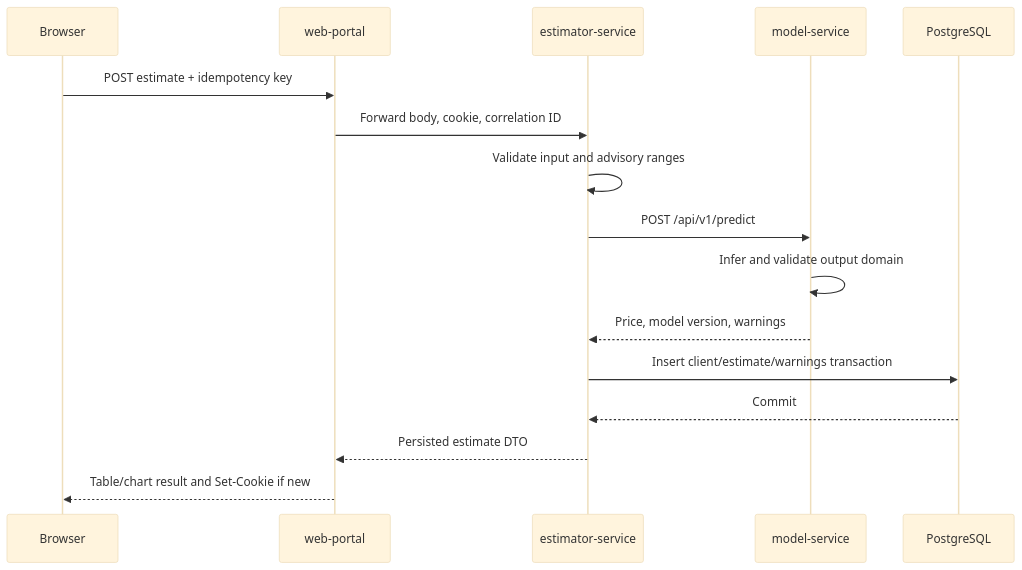
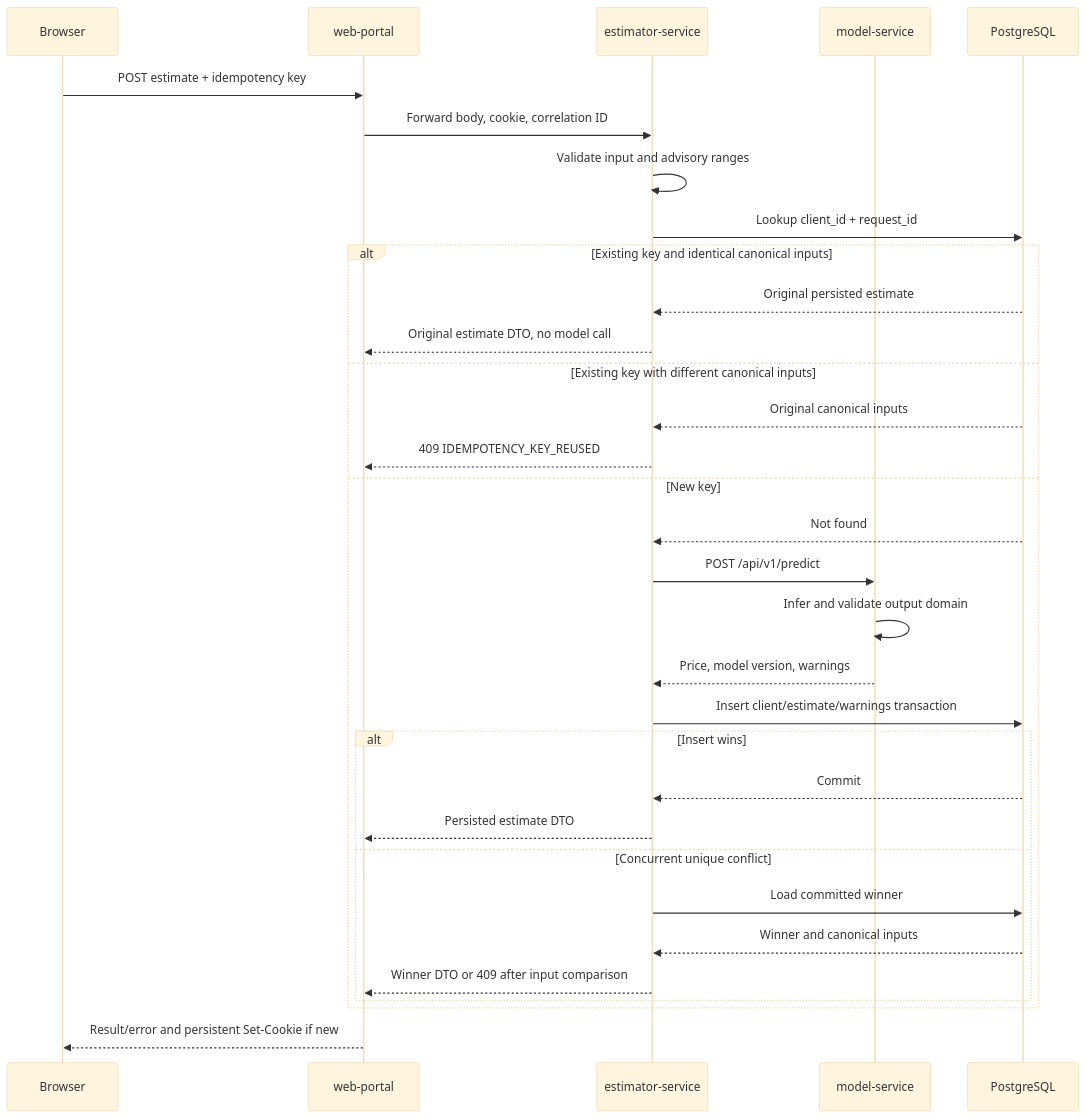
Before and after one commit to ChenhuaFan/house-price-estimator: the second of 3 diagrams in docs/architecture.md, drawn with Mermaid (base theme). The commit also changed other lines of this file and 3 other files, not shown here.

````diff
--- a/docs/architecture.md
+++ b/docs/architecture.md
@@ -218,19 +219,35 @@
 ```mermaid
 sequenceDiagram
     participant B as Browser
     participant W as web-portal
     participant E as estimator-service
     participant M as model-service
     participant D as PostgreSQL
 
     B->>W: POST estimate + idempotency key
     W->>E: Forward body, cookie, correlation ID
     E->>E: Validate input and advisory ranges
-    E->>M: POST /api/v1/predict
-    M->>M: Infer and validate output domain
-    M-->>E: Price, model version, warnings
-    E->>D: Insert client/estimate/warnings transaction
-    D-->>E: Commit
-    E-->>W: Persisted estimate DTO
-    W-->>B: Table/chart result and Set-Cookie if new
+    E->>D: Lookup client_id + request_id
+    alt Existing key and identical canonical inputs
+        D-->>E: Original persisted estimate
+        E-->>W: Original estimate DTO, no model call
+    else Existing key with different canonical inputs
+        D-->>E: Original canonical inputs
+        E-->>W: 409 IDEMPOTENCY_KEY_REUSED
+    else New key
+        D-->>E: Not found
+        E->>M: POST /api/v1/predict
+        M->>M: Infer and validate output domain
+        M-->>E: Price, model version, warnings
+        E->>D: Insert client/estimate/warnings transaction
+        alt Insert wins
+            D-->>E: Commit
+            E-->>W: Persisted estimate DTO
+        else Concurrent unique conflict
+            E->>D: Load committed winner
+            D-->>E: Winner and canonical inputs
+            E-->>W: Winner DTO or 409 after input comparison
+        end
+    end
+    W-->>B: Result/error and persistent Set-Cookie if new
 ```
````
